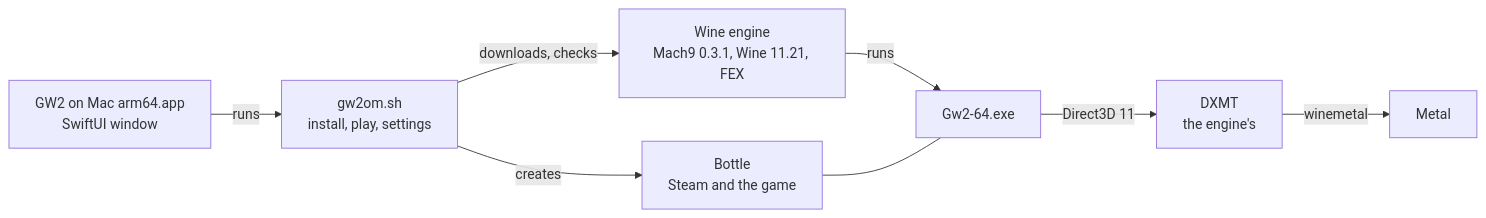
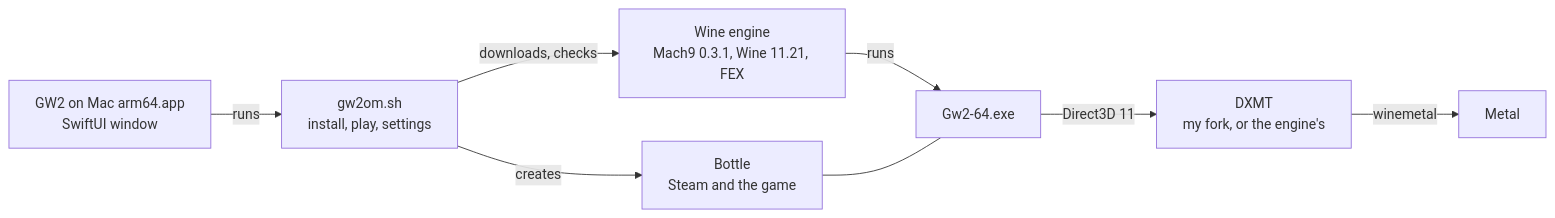
One commit to jdrly/gw2-on-mac changed the first of 3 diagrams in README.md. Above: the diagram before and after it, drawn with Mermaid. The commit also changed other lines of this file and 15 other files, not shown here.

First line of the commit message:
DXMT: my fork in the arm64 engine's DXMT tree, the engine's own next to it, and a setting to switch (#38)

````diff
--- a/README.md
+++ b/README.md
@@ -323,10 +328,10 @@
 ```mermaid
 flowchart LR
     app["GW2 on Mac arm64.app<br/>SwiftUI window"] -->|"runs"| sh["gw2om.sh<br/>install, play, settings"]
     sh -->|"downloads, checks"| engine["Wine engine<br/>Mach9 0.3.1, Wine 11.21, FEX"]
     sh -->|"creates"| bottle["Bottle<br/>Steam and the game"]
     engine -->|"runs"| game["Gw2-64.exe"]
     bottle --- game
-    game -->|"Direct3D 11"| dxmt["DXMT<br/>the engine's"]
+    game -->|"Direct3D 11"| dxmt["DXMT<br/>my fork, or the engine's"]
     dxmt -->|"winemetal"| metal["Metal"]
 ```
````
